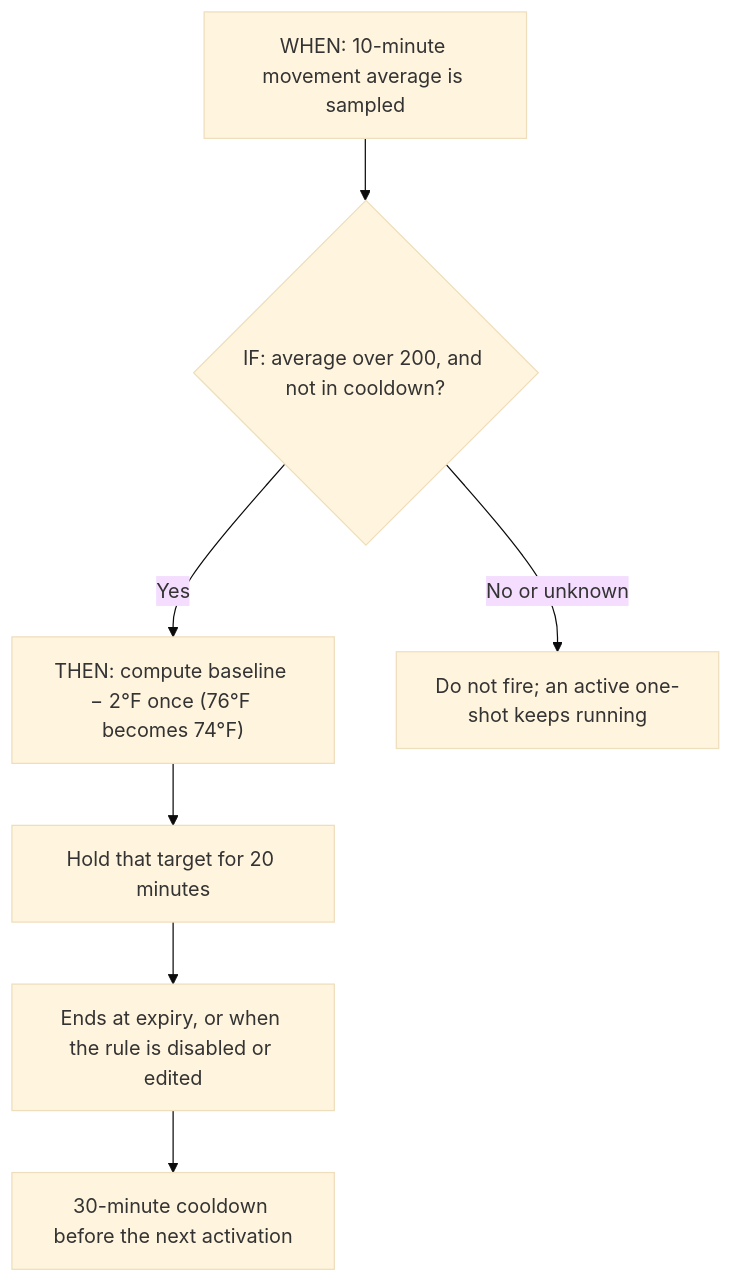
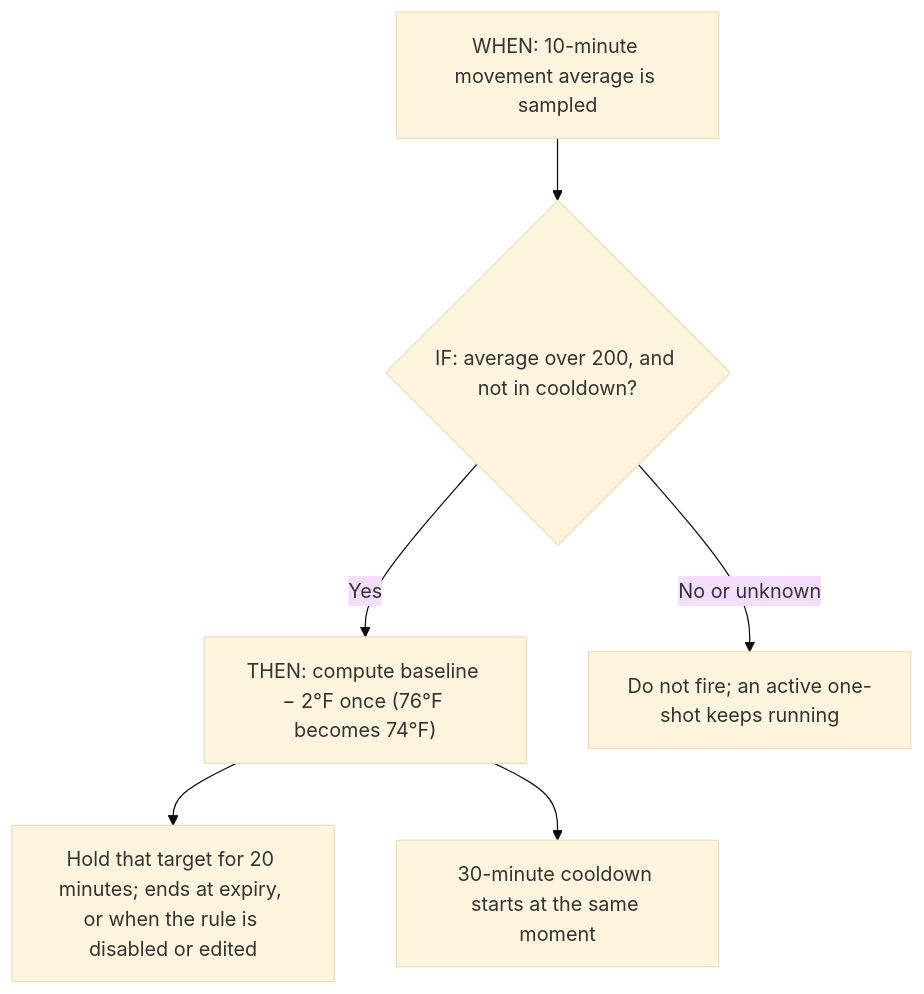
The second of 2 diagrams in content/core/autopilot-engine.mdx (sleepypod/sleepypod.github.io), drawn with Mermaid (base theme) before and after one commit. The commit also changed other lines of this file and 7 other files, not shown here.

Commit message:
Address review: hold vs schedule edits, live signals, archive scope, TLS, cooldown timing, capture filters

````diff
--- a/content/core/autopilot-engine.mdx
+++ b/content/core/autopilot-engine.mdx
@@ -56,11 +56,10 @@
 ```mermaid
 flowchart TD
   accTitle: Make a temporary adjustment as a one-shot
-  accDescr: When the 10-minute movement average exceeds 200 and the rule is not in cooldown, the engine computes one target 2°F below the schedule or session baseline and holds it for 20 minutes. Conditions turning false do not cancel it; it ends at expiry or when the rule is disabled or edited. A 30-minute cooldown then blocks new activations.
+  accDescr: When the 10-minute movement average exceeds 200 and the rule is not in cooldown, the engine computes one target 2°F below the schedule or session baseline. Two timers start at that activation: a 20-minute hold and a 30-minute cooldown. Conditions turning false do not cancel the hold; it ends at expiry or when the rule is disabled or edited. The next activation can happen 30 minutes after this one.
   W["WHEN: 10-minute movement average is sampled"] --> I{"IF: average over 200, and not in cooldown?"}
   I -->|Yes| T["THEN: compute baseline − 2°F once (76°F becomes 74°F)"]
-  T --> H["Hold that target for 20 minutes"]
-  H --> E["Ends at expiry, or when the rule is disabled or edited"]
-  E --> C["30-minute cooldown before the next activation"]
+  T --> H["Hold that target for 20 minutes; ends at expiry, or when the rule is disabled or edited"]
+  T --> C["30-minute cooldown starts at the same moment"]
   I -->|No or unknown| S["Do not fire; an active one-shot keeps running"]
 ```
````
